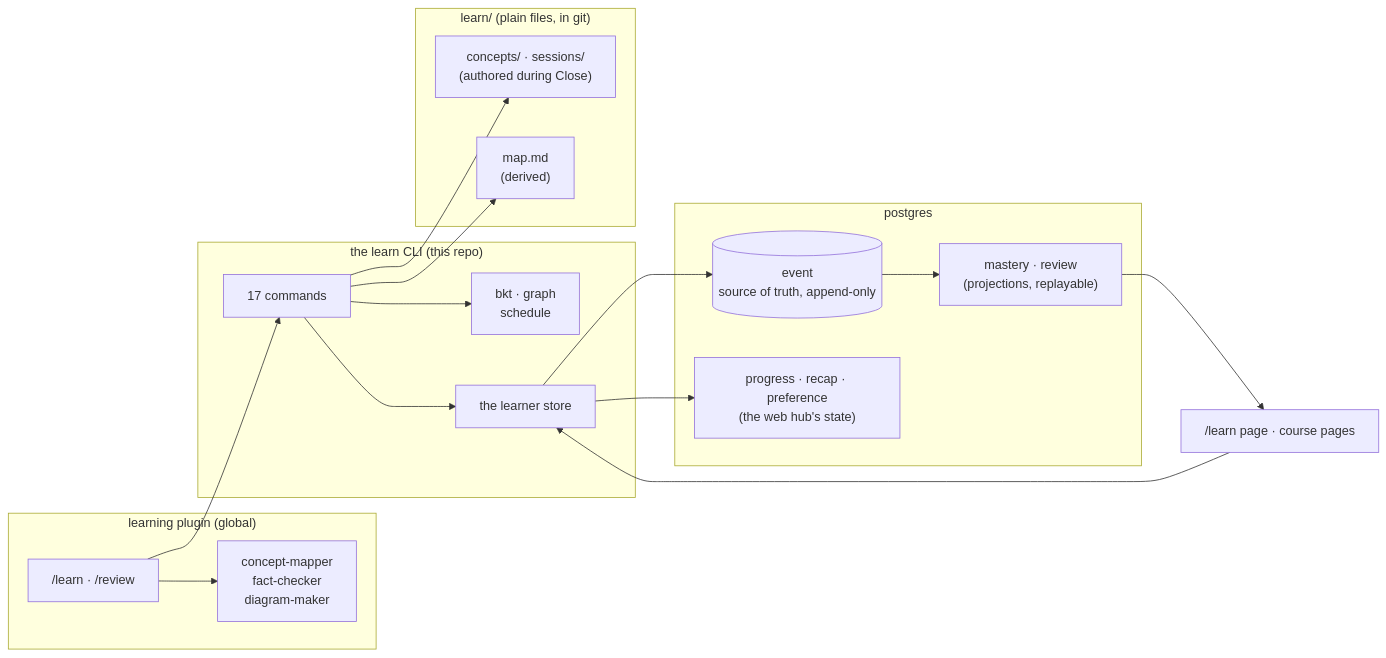
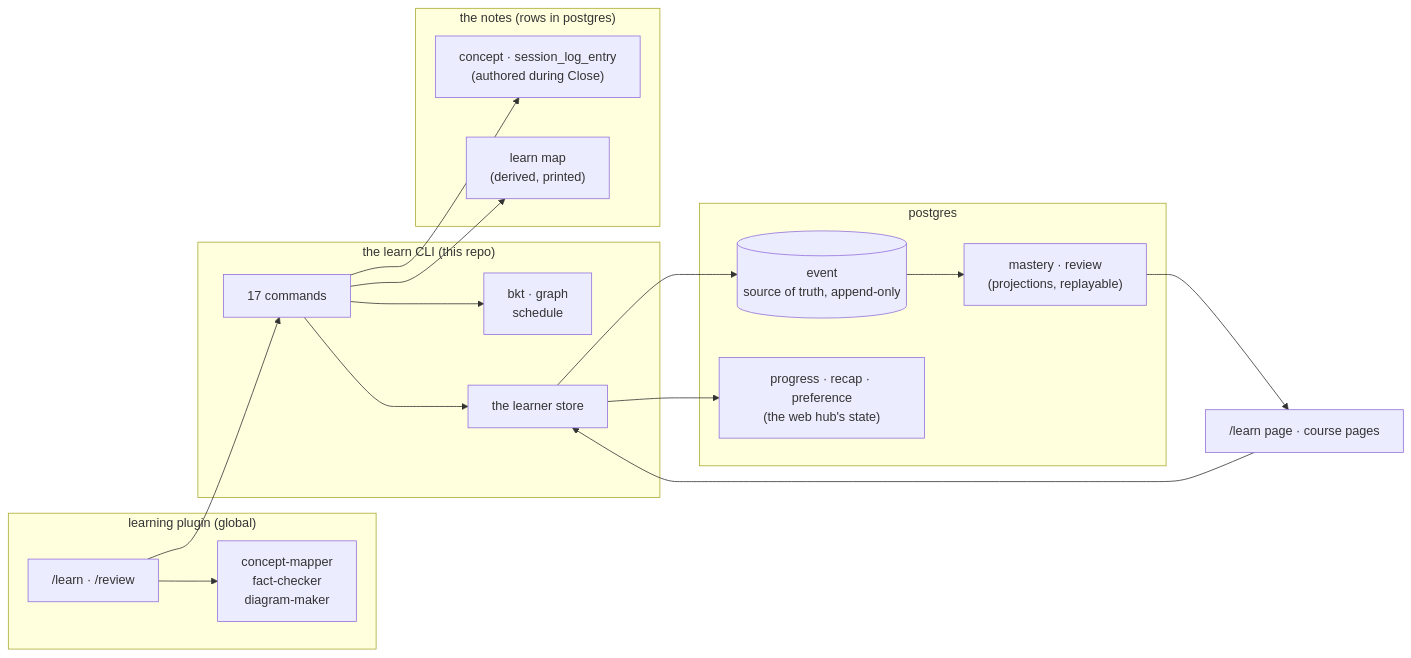
The diagram in README.md (c-wenlong/gnosia-learn), drawn with Mermaid before and after one commit. The commit also changed other lines of this file and 19 other files, not shown here.

````diff
--- a/README.md
+++ b/README.md
@@ -223,33 +229,33 @@
 ```mermaid
 flowchart LR
     subgraph PLUGIN["learning plugin (global)"]
         SK["/learn · /review"]
         AG["concept-mapper<br/>fact-checker<br/>diagram-maker"]
     end
     subgraph CODE["the learn CLI (this repo)"]
         C["17 commands"]
         LIB["bkt · graph<br/>schedule"]
         ST["the learner store"]
     end
-    subgraph KB["learn/ (plain files, in git)"]
-        REC["concepts/ · sessions/<br/>(authored during Close)"]
-        MAP["map.md<br/>(derived)"]
+    subgraph KB["the notes (rows in postgres)"]
+        REC["concept · session_log_entry<br/>(authored during Close)"]
+        MAP["learn map<br/>(derived, printed)"]
     end
     subgraph PG["postgres"]
         EV[("event<br/>source of truth, append-only")]
         DER["mastery · review<br/>(projections, replayable)"]
         STA["progress · recap · preference<br/>(the web hub's state)"]
     end
     WEB["/learn page · course pages"]
     SK --> AG
     SK --> C
     C --> LIB
     C --> REC
     C --> MAP
     C --> ST
     ST --> EV
     EV --> DER
     WEB --> ST
     ST --> STA
     DER --> WEB
 ```
````
